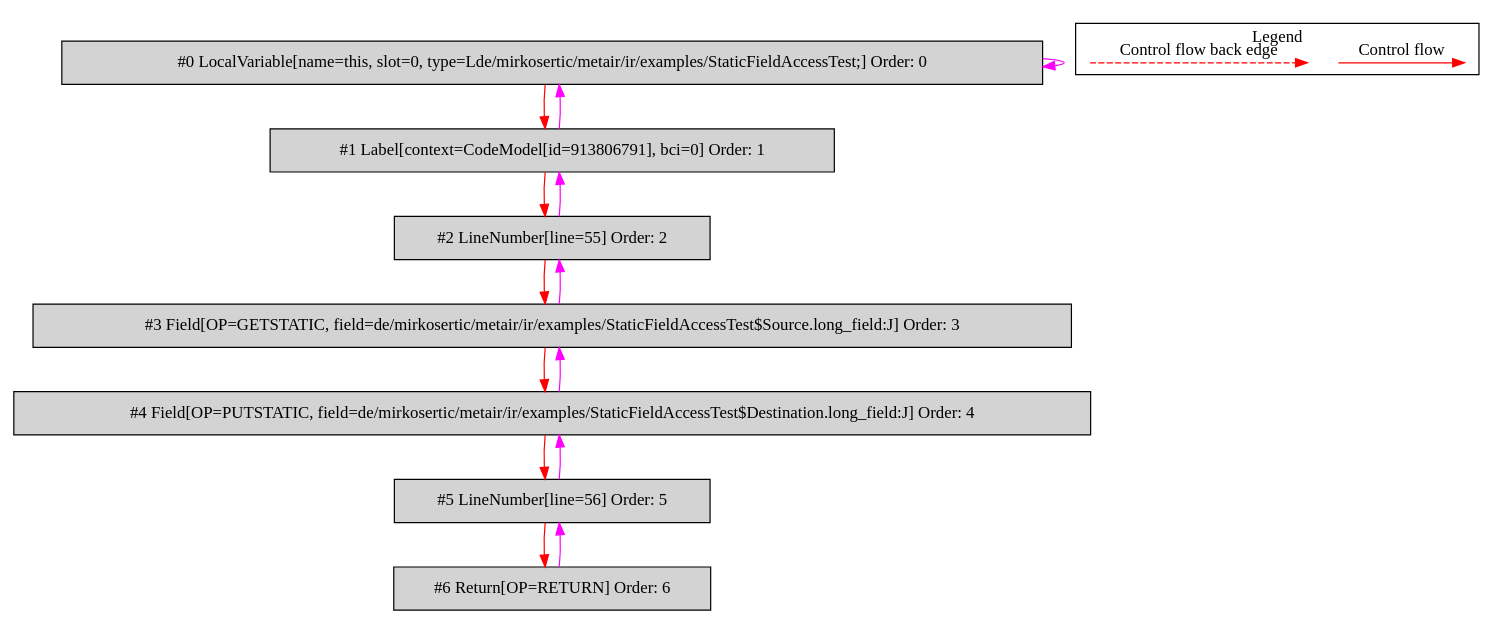
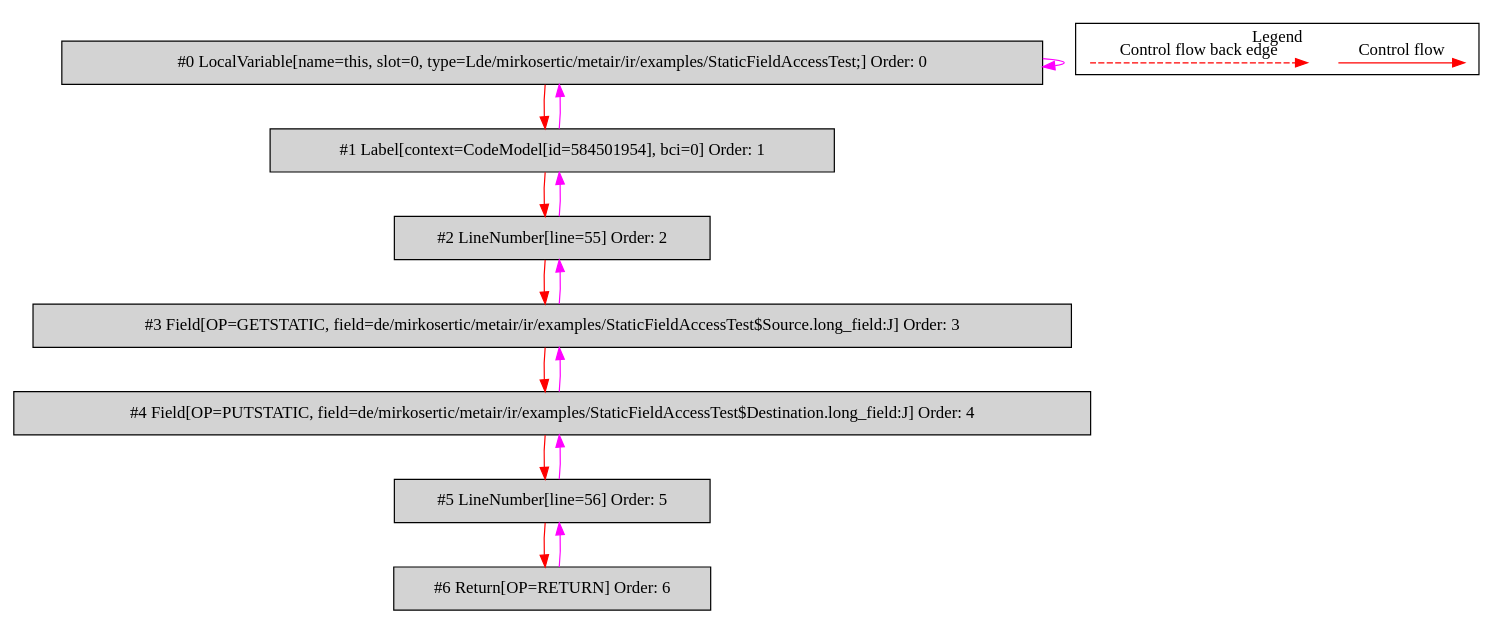
One commit to mirkosertic/MetaIR changed the diagram in de.mirkosertic.metair.ir.examples.StaticFieldAccessTest/copy_long/bytecodecfg.dot. Above: the diagram before and after it, drawn with Graphviz. The commit also changed 508 other files, not shown here.

```diff
--- a/de.mirkosertic.metair.ir.examples.StaticFieldAccessTest/copy_long/bytecodecfg.dot
+++ b/de.mirkosertic.metair.ir.examples.StaticFieldAccessTest/copy_long/bytecodecfg.dot
@@ -1,37 +1,37 @@
 digraph {
  ordering="in";
  node0[label="#0 LocalVariable[name=this, slot=0, type=Lde/mirkosertic/metair/ir/examples/StaticFieldAccessTest;] Order: 0", shape=box, fillcolor=lightgrey, style=filled];
- node1[label="#1 Label[context=CodeModel[id=913806791], bci=0] Order: 1", shape=box, fillcolor=lightgrey, style=filled];
+ node1[label="#1 Label[context=CodeModel[id=584501954], bci=0] Order: 1", shape=box, fillcolor=lightgrey, style=filled];
  node2[label="#2 LineNumber[line=55] Order: 2", shape=box, fillcolor=lightgrey, style=filled];
  node3[label="#3 Field[OP=GETSTATIC, field=de/mirkosertic/metair/ir/examples/StaticFieldAccessTest$Source.long_field:J] Order: 3", shape=box, fillcolor=lightgrey, style=filled];
  node4[label="#4 Field[OP=PUTSTATIC, field=de/mirkosertic/metair/ir/examples/StaticFieldAccessTest$Destination.long_field:J] Order: 4", shape=box, fillcolor=lightgrey, style=filled];
  node5[label="#5 LineNumber[line=56] Order: 5", shape=box, fillcolor=lightgrey, style=filled];
  node6[label="#6 Return[OP=RETURN] Order: 6", shape=box, fillcolor=lightgrey, style=filled];
  node0 -> node0[color=fuchsia];
  node0 -> node1[color=red];
  node1 -> node0[color=fuchsia];
  node1 -> node2[color=red];
  node2 -> node1[color=fuchsia];
  node2 -> node3[color=red];
  node3 -> node2[color=fuchsia];
  node3 -> node4[color=red];
  node4 -> node3[color=fuchsia];
  node4 -> node5[color=red];
  node5 -> node4[color=fuchsia];
  node5 -> node6[color=red];
  node6 -> node5[color=fuchsia];
  subgraph cluster_000 {
   label = "Legend";
   node [shape=point]
   {
    rank=same;
    c0 [style = invis];
    c1 [style = invis];
    c2 [style = invis];
    c3 [style = invis];
   }
   c0 -> c1 [label="Control flow", style=solid, color=red]
   c2 -> c3 [label="Control flow back edge", style=dashed, color=red]
  }
 
 }
```
